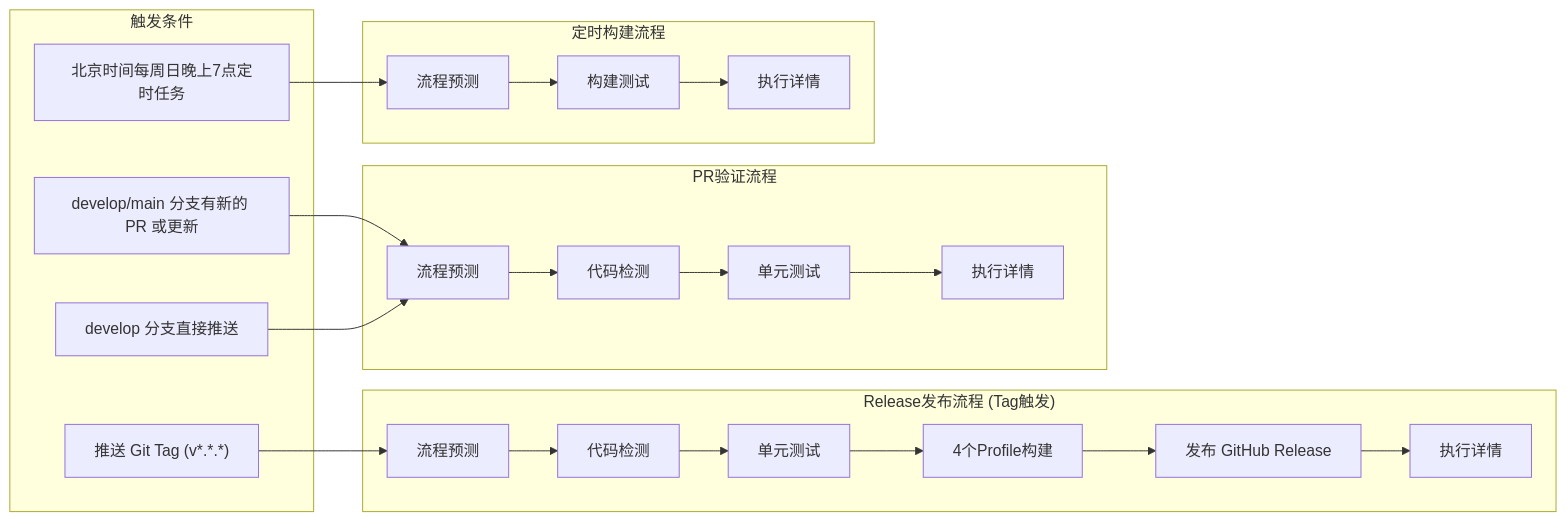
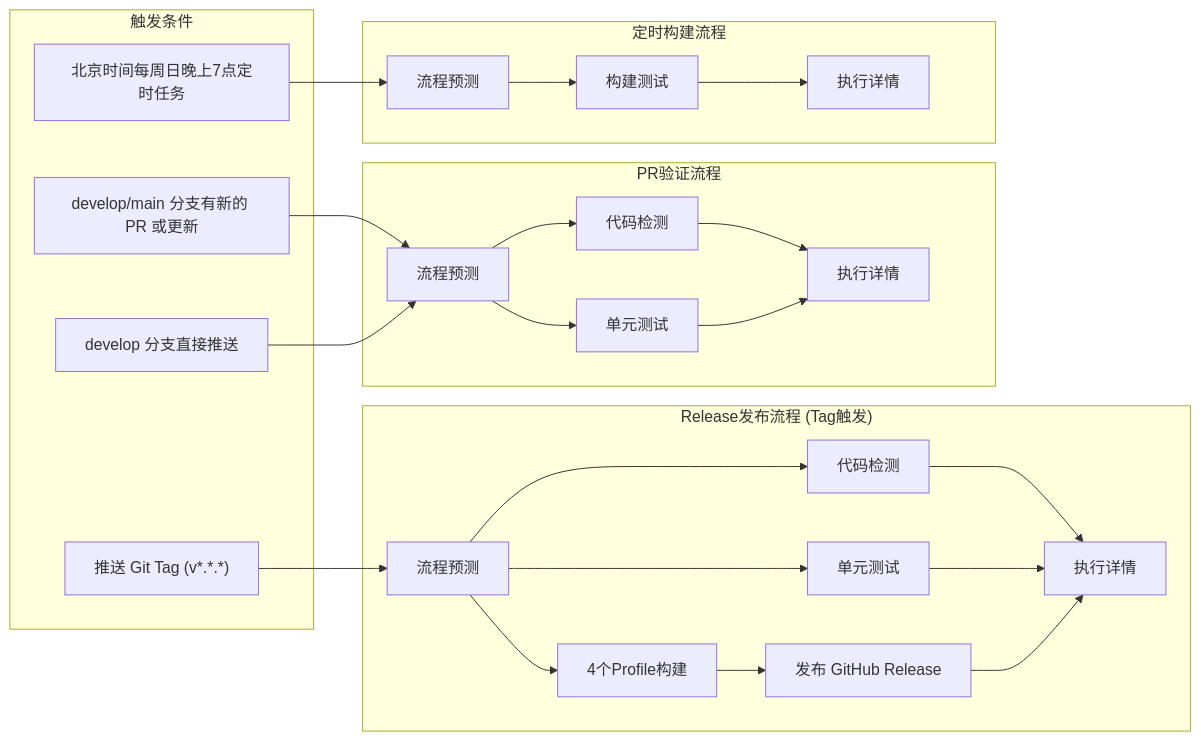
Before and after one commit to Vanishing-Games/RainRust: the diagram in .github/workflows/CICD流程设计.md, drawn with Mermaid. The commit also changed 1 other file, not shown here.

Commit message:
update cicd

````diff
--- a/.github/workflows/CICD流程设计.md
+++ b/.github/workflows/CICD流程设计.md
@@ -72,26 +72,47 @@
 ```mermaid
 flowchart LR
     subgraph triggers ["触发条件"]
         D["推送 Git Tag (v*.*.*)"]
         E["develop/main 分支有新的 PR 或更新"]
         F["develop 分支直接推送"]
         G["北京时间每周日晚上7点定时任务"]
     end
 
     subgraph release_flow ["Release发布流程 (Tag触发)"]
-        C0_R["流程预测"] --> B_R["代码检测"] --> A1_R["单元测试"] --> A2_R["4个Profile构建"] --> A3_R["发布 GitHub Release"] --> C1_R["执行详情"]
+        C0_R["流程预测"]
+        B_R["代码检测"]
+        A1_R["单元测试"]
+        A2_R["4个Profile构建"]
+        A3_R["发布 GitHub Release"]
+        C1_R["执行详情"]
+
+        C0_R --> B_R
+        C0_R --> A1_R
+        C0_R --> A2_R
+        A2_R --> A3_R
+        B_R --> C1_R
+        A1_R --> C1_R
+        A3_R --> C1_R
     end
 
     subgraph pr_flow ["PR验证流程"]
-        C0_P["流程预测"] --> B_P["代码检测"] --> A1_P["单元测试"] --> C1_P["执行详情"]
+        C0_P["流程预测"]
+        B_P["代码检测"]
+        A1_P["单元测试"]
+        C1_P["执行详情"]
+
+        C0_P --> B_P
+        C0_P --> A1_P
+        B_P --> C1_P
+        A1_P --> C1_P
     end
 
     subgraph schedule_flow ["定时构建流程"]
         C0_S["流程预测"] --> A2_S["构建测试"] --> C1_S["执行详情"]
     end
 
     D --> C0_R
     E --> C0_P
     F --> C0_P
     G --> C0_S
 ```
````
